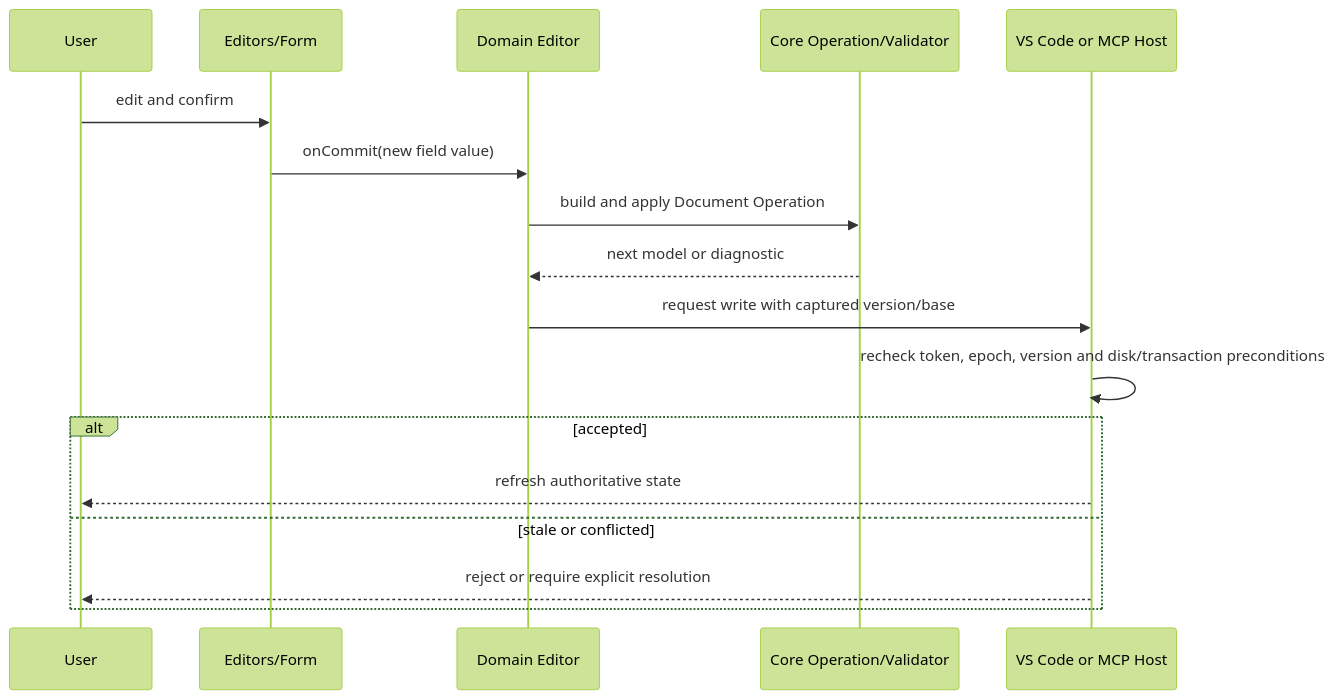
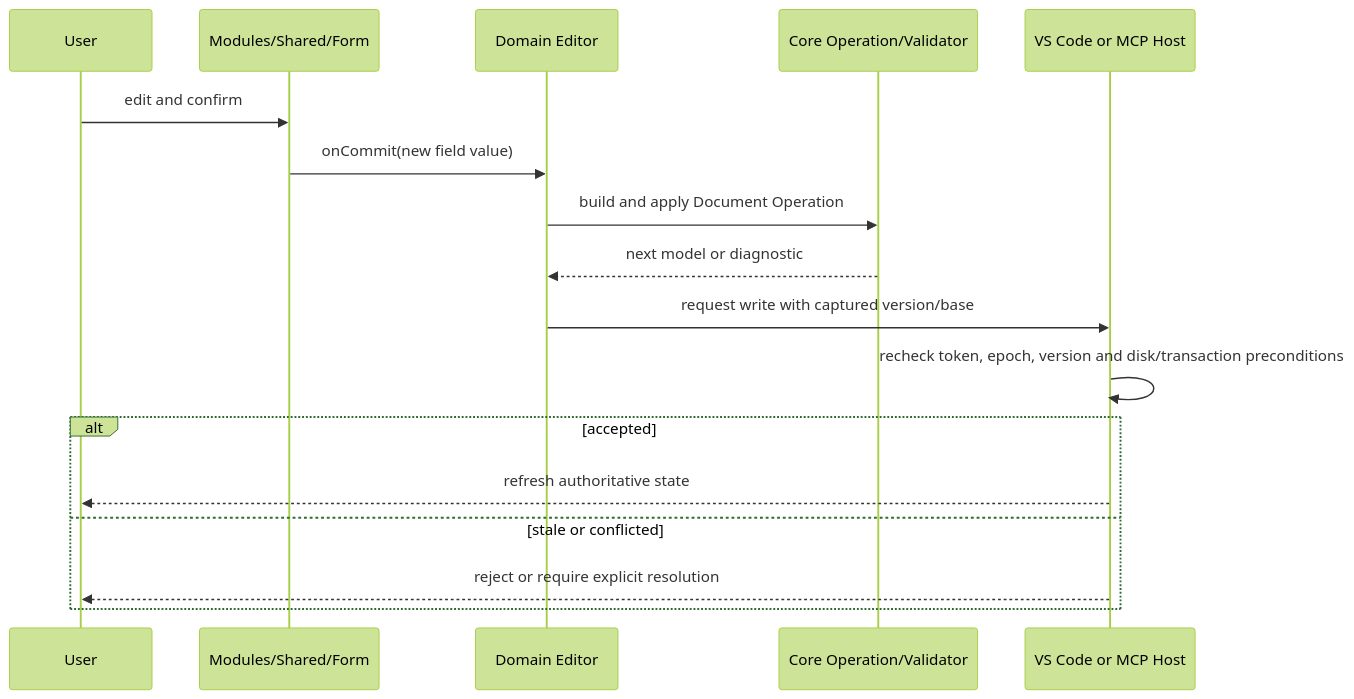
One commit to zh880517/VisualBridge changed the second of 2 diagrams in Doc/FormFieldEditor.md. Above: the diagram before and after it, drawn with Mermaid (forest theme). The commit also changed other lines of this file and 27 other files, not shown here.

Commit message:
G2b Publish the debug and module architecture docs

````diff
--- a/Doc/FormFieldEditor.md
+++ b/Doc/FormFieldEditor.md
@@ -84,19 +84,19 @@
 ```mermaid
 sequenceDiagram
     participant User as User
-    participant Form as Editors/Form
+    participant Form as Modules/Shared/Form
     participant Domain as Domain Editor
     participant Core as Core Operation/Validator
     participant Host as VS Code or MCP Host
     User->>Form: edit and confirm
     Form->>Domain: onCommit(new field value)
     Domain->>Core: build and apply Document Operation
     Core-->>Domain: next model or diagnostic
     Domain->>Host: request write with captured version/base
     Host->>Host: recheck token, epoch, version and disk/transaction preconditions
     alt accepted
         Host-->>User: refresh authoritative state
     else stale or conflicted
         Host-->>User: reject or require explicit resolution
     end
 ```
````
